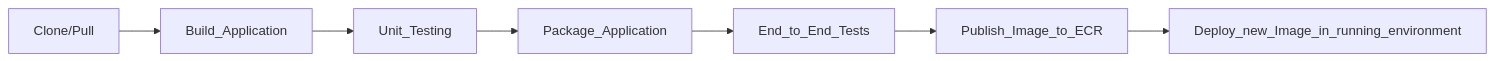
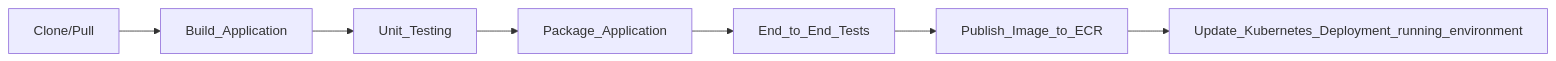
Before and after one commit to tamer98/3-Tier-Demo-Crm_Application: the diagram in README.md, drawn with Mermaid.

````diff
--- a/README.md
+++ b/README.md
@@ -165,9 +165,9 @@
 ```mermaid
 graph LR
     Clone/Pull --> Build_Application
     Build_Application --> Unit_Testing
     Unit_Testing  --> Package_Application
     Package_Application --> End_to_End_Tests
     End_to_End_Tests --> Publish_Image_to_ECR
-    Publish_Image_to_ECR --> Deploy_new_Image_in_running_environment
+    Publish_Image_to_ECR --> Update_Kubernetes_Deployment_running_environment
 ```
````
